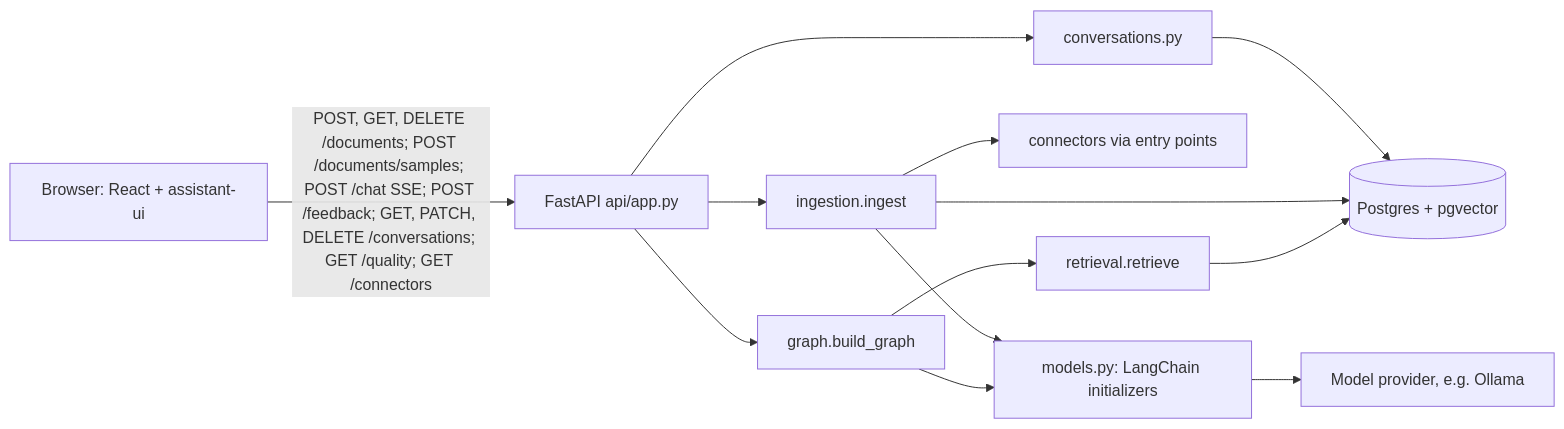
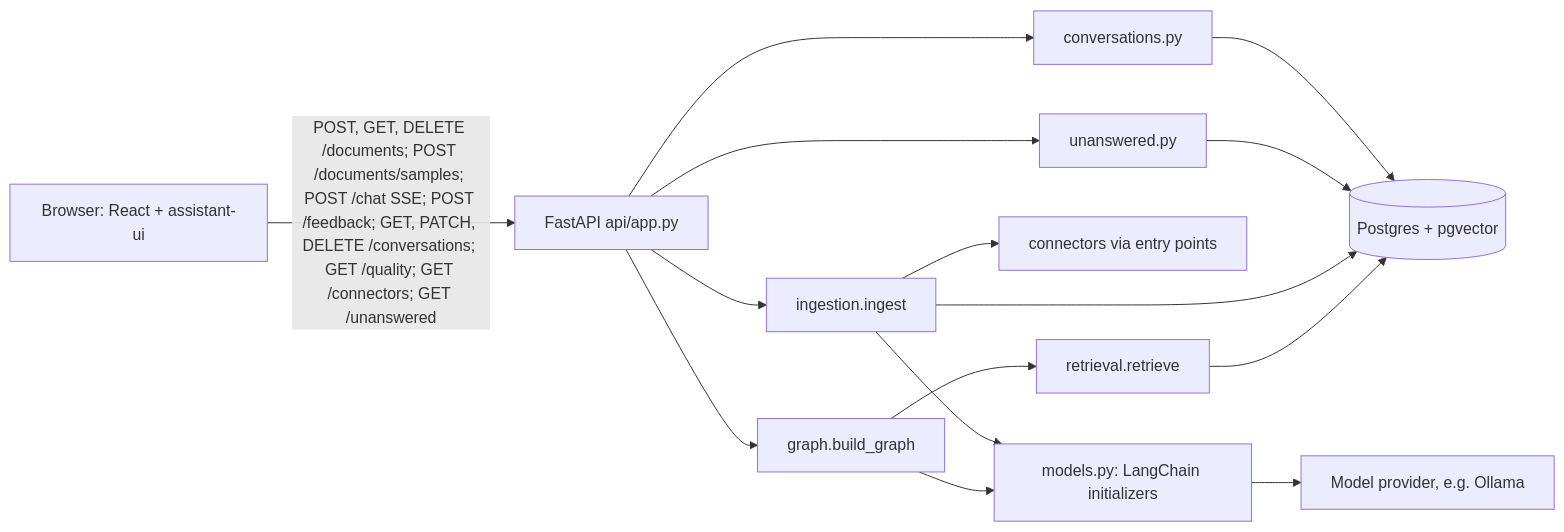
One commit to AaronProbha18/Insight-RAG changed the diagram in docs/architecture/overview.md. Above: the diagram before and after it, drawn with Mermaid. The commit also changed other lines of this file and 40 other files, not shown here.

````diff
--- a/docs/architecture/overview.md
+++ b/docs/architecture/overview.md
@@ -12,13 +12,14 @@
 ```mermaid
 flowchart LR
-  UI[Browser: React + assistant-ui] -->|POST, GET, DELETE /documents; POST /documents/samples; POST /chat SSE; POST /feedback; GET, PATCH, DELETE /conversations; GET /quality; GET /connectors| API[FastAPI api/app.py]
+  UI[Browser: React + assistant-ui] -->|POST, GET, DELETE /documents; POST /documents/samples; POST /chat SSE; POST /feedback; GET, PATCH, DELETE /conversations; GET /quality; GET /connectors; GET /unanswered| API[FastAPI api/app.py]
   API --> ING[ingestion.ingest]
   API --> G[graph.build_graph]
   API --> CONV[conversations.py] --> DB
+  API --> UNA[unanswered.py] --> DB
   ING --> C[connectors via entry points]
   ING --> DB[(Postgres + pgvector)]
   G --> R[retrieval.retrieve] --> DB
   ING --> M[models.py: LangChain initializers]
   G --> M
   M --> P[Model provider, e.g. Ollama]
 ```
````
